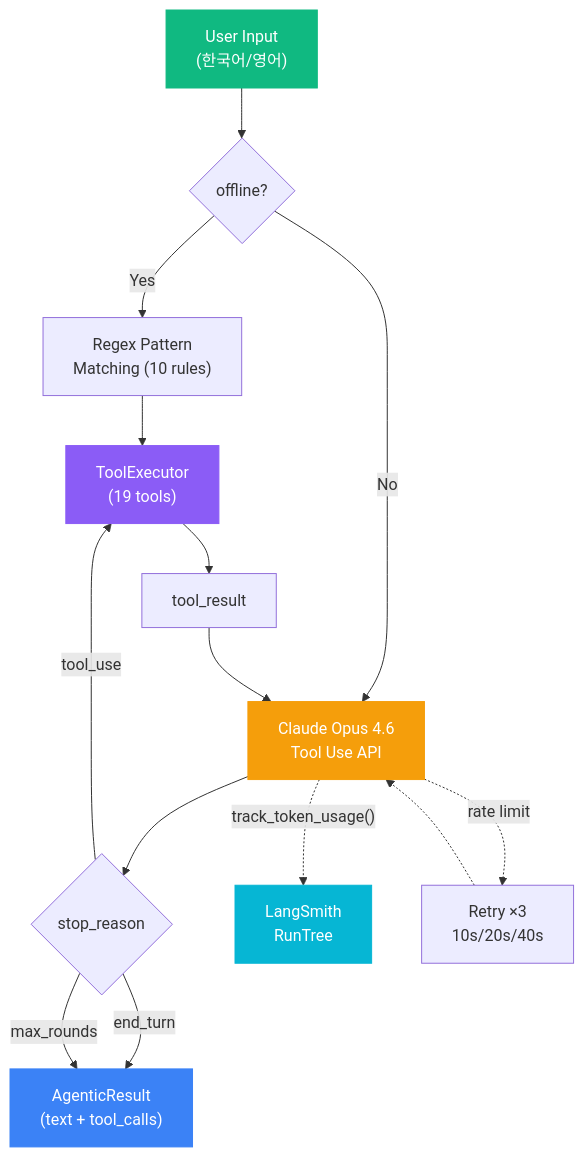
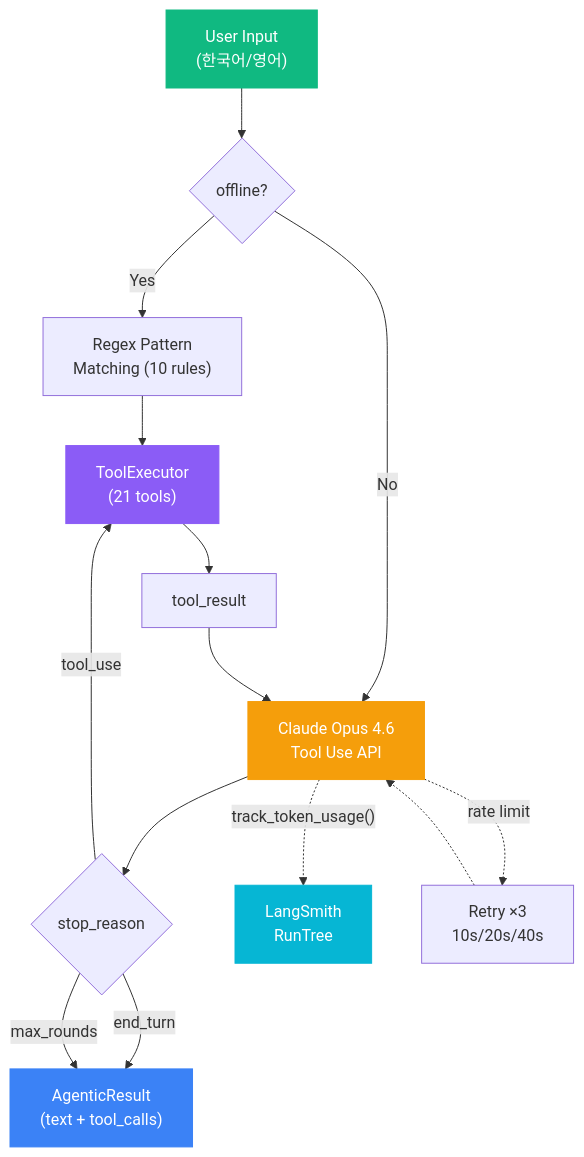
One commit to mangowhoiscloud/geode changed the third of 12 diagrams in README.md. Above: the diagram before and after it, drawn with Mermaid. The commit also changed other lines of this file and 8 other files, not shown here.

````diff
--- a/README.md
+++ b/README.md
@@ -162,23 +162,23 @@
 ```mermaid
 graph TB
     Input["User Input<br/>(한국어/영어)"] --> Mode{offline?}
     Mode -->|Yes| Regex["Regex Pattern<br/>Matching (10 rules)"]
     Mode -->|No| LLM["Claude Opus 4.6<br/>Tool Use API"]
     Regex --> Exec
     LLM --> Decision{stop_reason}
-    Decision -->|tool_use| Exec["ToolExecutor<br/>(19 tools)"]
+    Decision -->|tool_use| Exec["ToolExecutor<br/>(21 tools)"]
     Exec --> Results["tool_result"]
     Results --> LLM
     Decision -->|end_turn| Output["AgenticResult<br/>(text + tool_calls)"]
     Decision -->|max_rounds| Output
 
     LLM -.->|"track_token_usage()"| LS["LangSmith<br/>RunTree"]
     LLM -.->|"rate limit"| Retry["Retry ×3<br/>10s/20s/40s"]
     Retry -.-> LLM
 
     style Input fill:#10b981,stroke:#10b981,color:#fff
     style Output fill:#3b82f6,stroke:#3b82f6,color:#fff
     style LLM fill:#f59e0b,stroke:#f59e0b,color:#fff
     style Exec fill:#8b5cf6,stroke:#8b5cf6,color:#fff
     style LS fill:#06b6d4,stroke:#06b6d4,color:#fff
 ```
````
